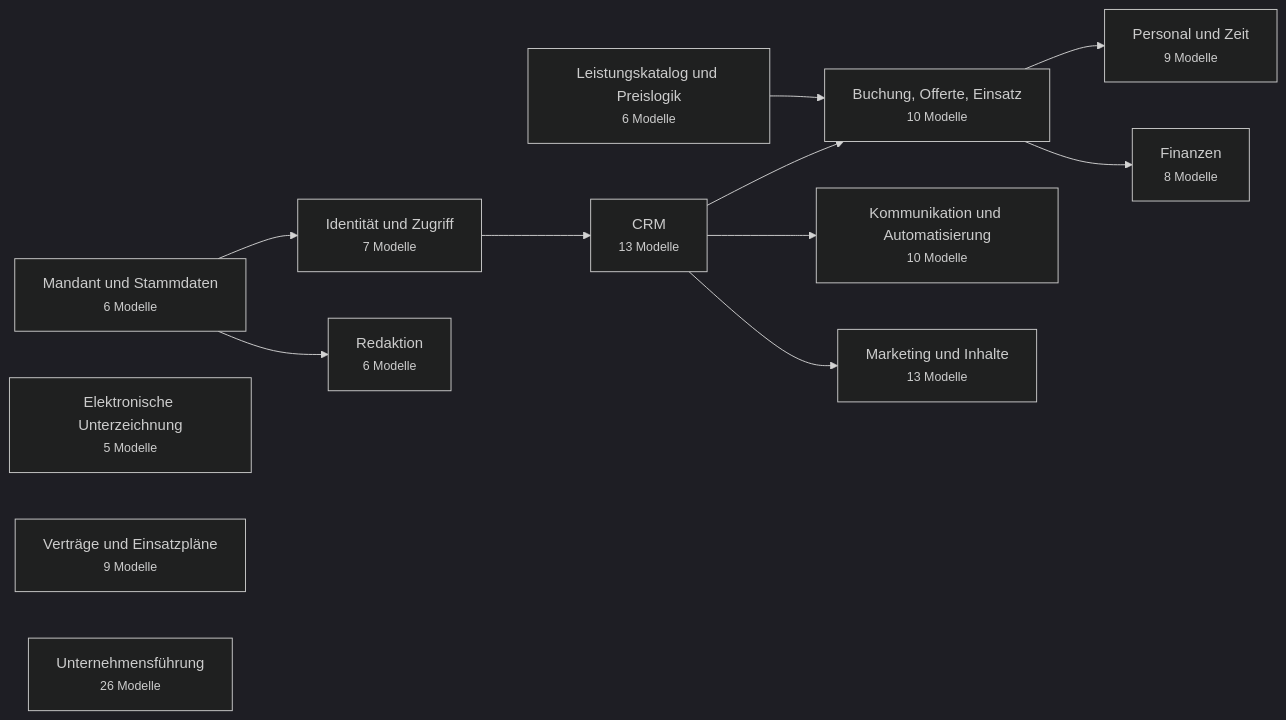
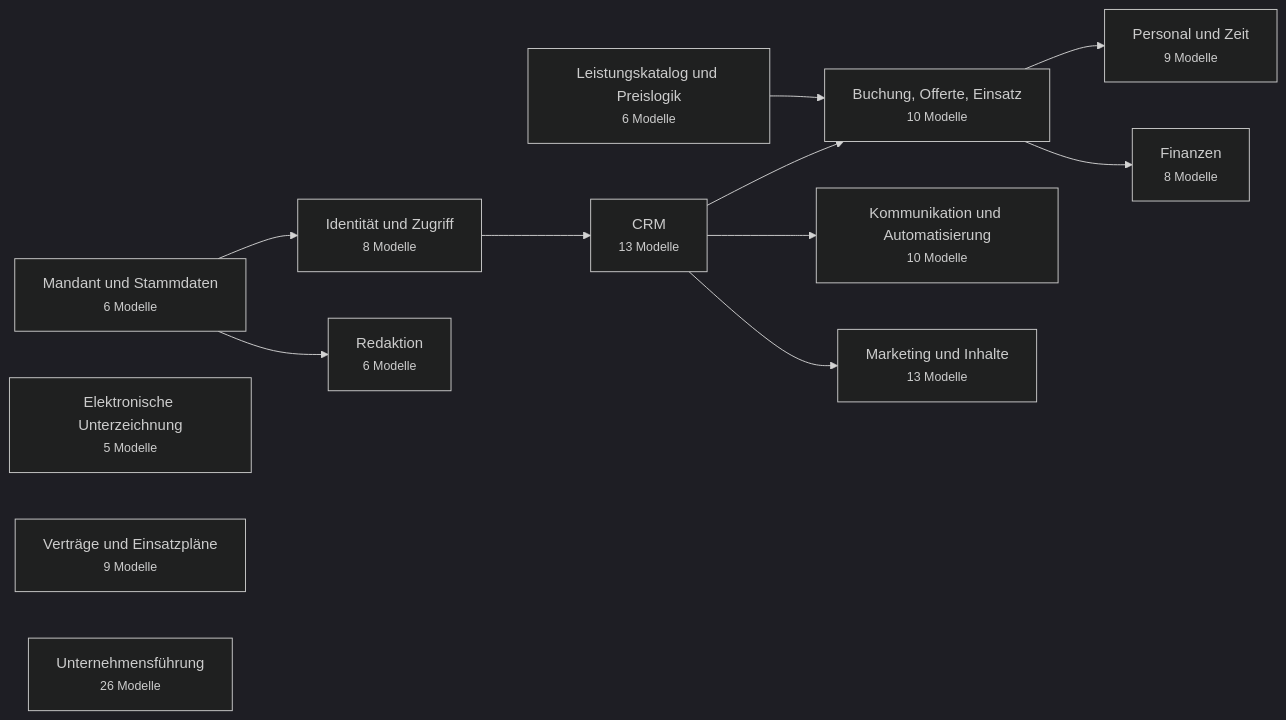
One commit to javadqasemi/Clenaris changed the first of 14 diagrams in docs/DATABASE.md. Above: the diagram before and after it, drawn with Mermaid (dark theme). The commit also changed other lines of this file and 16 other files, not shown here.

````diff
--- a/docs/DATABASE.md
+++ b/docs/DATABASE.md
@@ -36,25 +36,25 @@
 ```mermaid
 flowchart LR
   stammdaten["Mandant und Stammdaten<br/><small>6 Modelle</small>"]
-  identitaet["Identität und Zugriff<br/><small>7 Modelle</small>"]
+  identitaet["Identität und Zugriff<br/><small>8 Modelle</small>"]
   signatur["Elektronische Unterzeichnung<br/><small>5 Modelle</small>"]
   crm["CRM<br/><small>13 Modelle</small>"]
   katalog["Leistungskatalog und Preislogik<br/><small>6 Modelle</small>"]
   auftrag["Buchung, Offerte, Einsatz<br/><small>10 Modelle</small>"]
   vertraege["Verträge und Einsatzpläne<br/><small>9 Modelle</small>"]
   personal["Personal und Zeit<br/><small>9 Modelle</small>"]
   finanzen["Finanzen<br/><small>8 Modelle</small>"]
   kommunikation["Kommunikation und Automatisierung<br/><small>10 Modelle</small>"]
   marketing["Marketing und Inhalte<br/><small>13 Modelle</small>"]
   redaktion["Redaktion<br/><small>6 Modelle</small>"]
   fuehrung["Unternehmensführung<br/><small>26 Modelle</small>"]
   stammdaten --> identitaet
   identitaet --> crm
   crm --> auftrag
   katalog --> auftrag
   auftrag --> personal
   auftrag --> finanzen
   crm --> kommunikation
   crm --> marketing
   stammdaten --> redaktion
 ```
````
